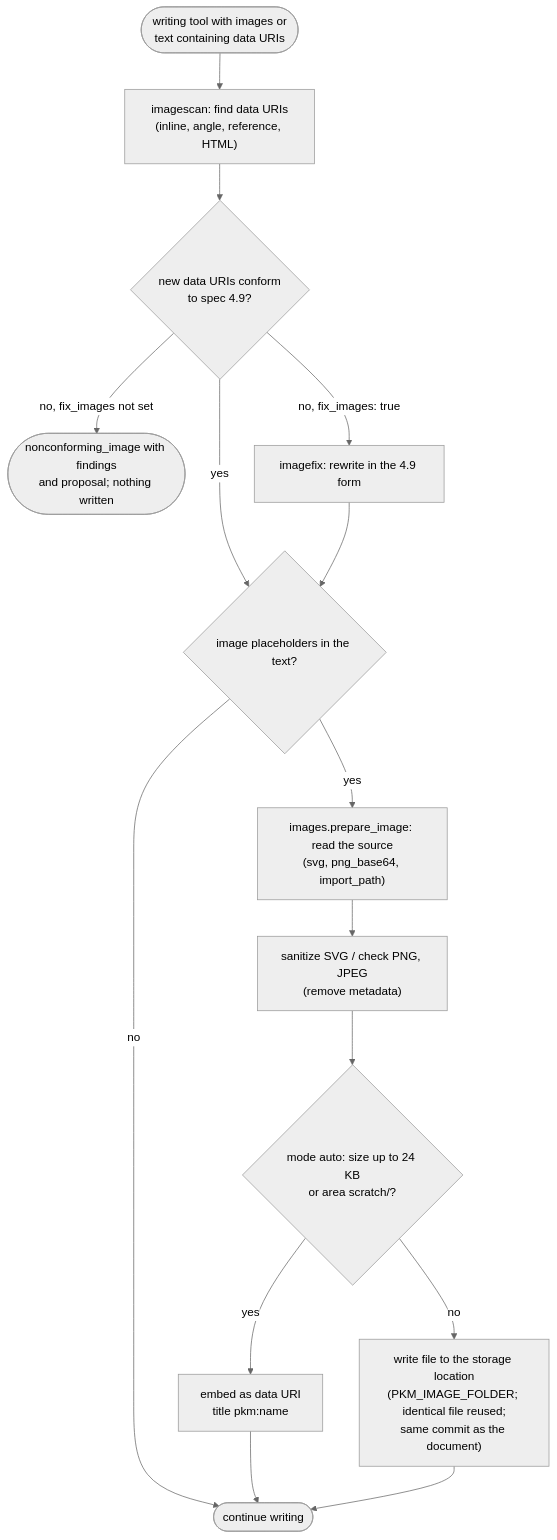
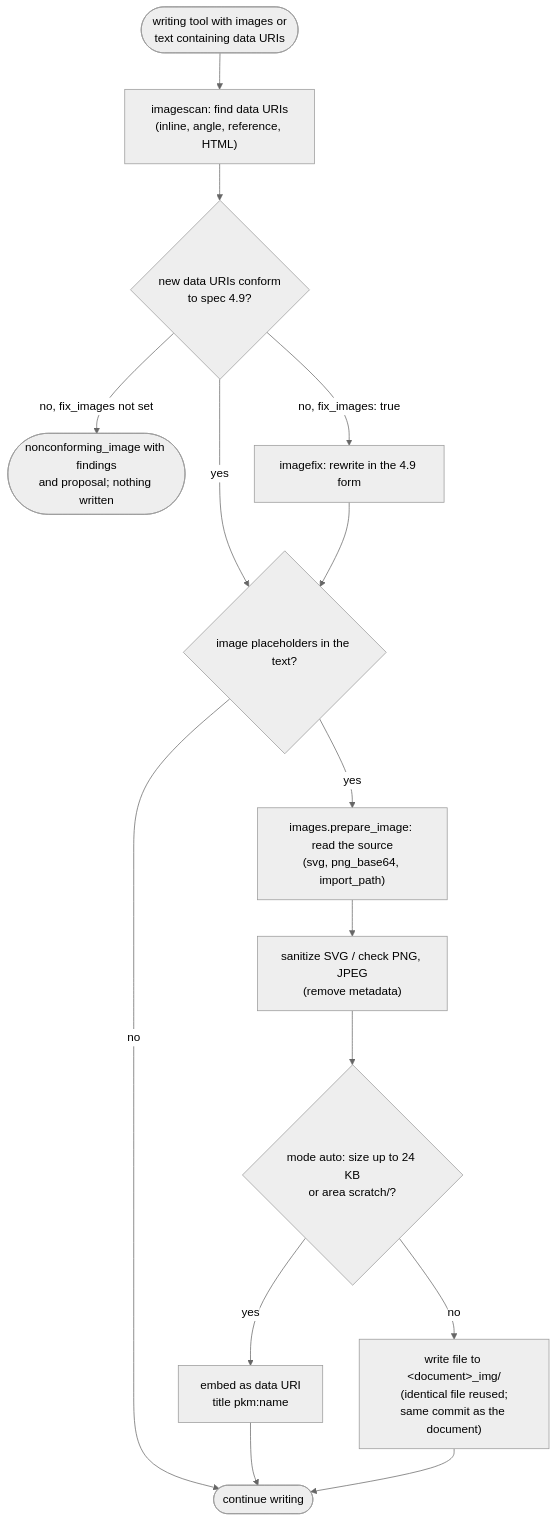
Before and after one commit to achim0x/pkm-llm-wiki: diagram 21 of 22 in docs/architecture.md, drawn with Mermaid (neutral theme). The commit also changed other lines of this file and 27 other files, not shown here.

````diff
--- a/docs/architecture.md
+++ b/docs/architecture.md
@@ -828,17 +831,17 @@
 ```mermaid
 flowchart TD
     A(["writing tool with images or<br/>text containing data URIs"]) --> B["imagescan: find data URIs<br/>(inline, angle, reference, HTML)"]
     B --> C{"new data URIs conform<br/>to spec 4.9?"}
     C -- "no, fix_images not set" --> X(["nonconforming_image with findings<br/>and proposal; nothing written"])
     C -- "no, fix_images: true" --> FX["imagefix: rewrite in the 4.9 form"]
     C -- "yes" --> P
     FX --> P{"image placeholders in the text?"}
     P -- "no" --> W(["continue writing"])
     P -- "yes" --> S["images.prepare_image: read the source<br/>(svg, png_base64, import_path)"]
     S --> CH["sanitize SVG / check PNG, JPEG<br/>(remove metadata)"]
     CH --> M{"mode auto: size up to 24 KB<br/>or area scratch/?"}
     M -- "yes" --> IN["embed as data URI<br/>title pkm:name"]
-    M -- "no" --> FI["write file to the storage location<br/>(PKM_IMAGE_FOLDER; identical file reused;<br/>same commit as the document)"]
+    M -- "no" --> FI["write file to &lt;document&gt;_img/<br/>(identical file reused;<br/>same commit as the document)"]
     IN --> W
     FI --> W
 ```
````
